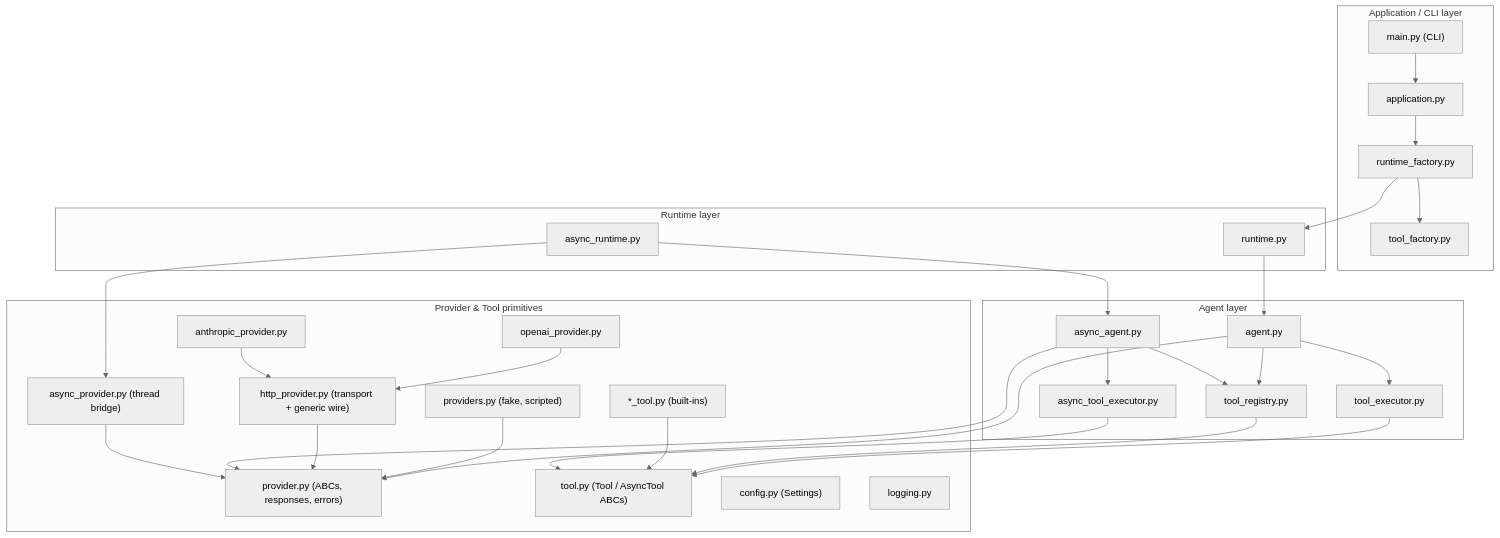
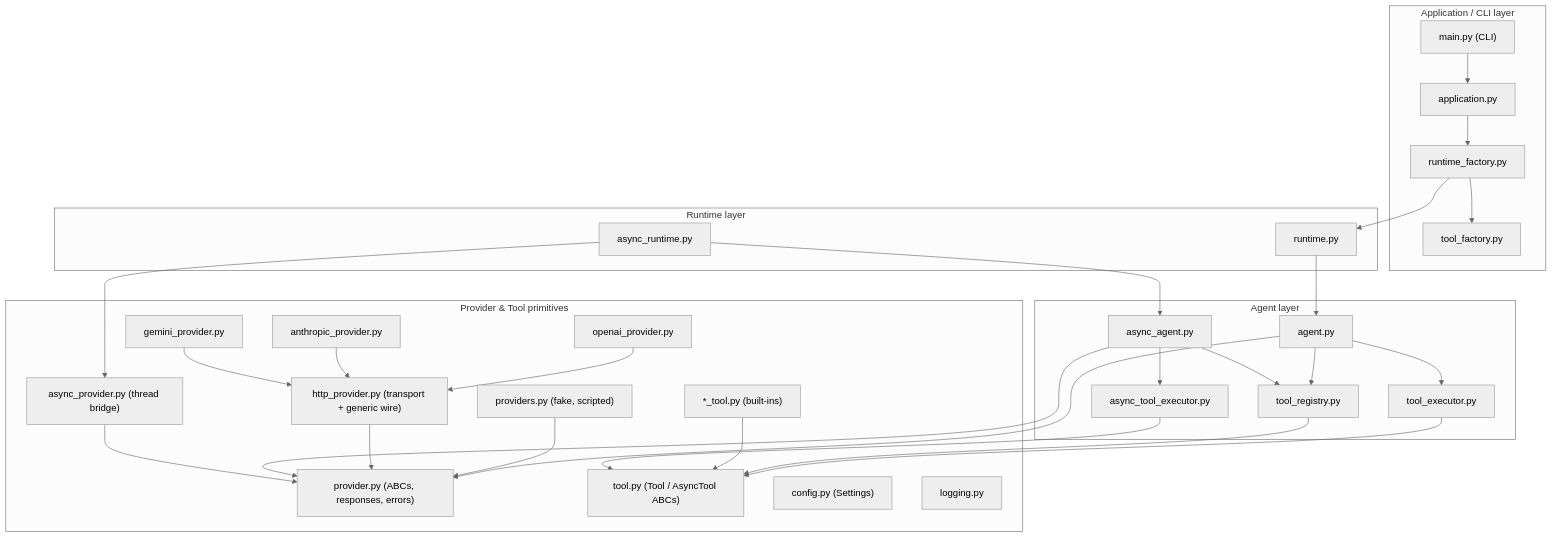
One commit to Abolfazlrwm/nexusagent changed the diagram in docs/architecture.md. Above: the diagram before and after it, drawn with Mermaid (neutral theme). The commit also changed other lines of this file and 4 other files, not shown here.

First line of the commit message:
docs: document the Gemini provider (README, ADR 0008, architecture, status)

````diff
--- a/docs/architecture.md
+++ b/docs/architecture.md
@@ -8,52 +8,54 @@
 ```mermaid
 flowchart TB
     subgraph L4["Application / CLI layer"]
         MAIN["main.py (CLI)"]
         APP["application.py"]
         RF["runtime_factory.py"]
         TF["tool_factory.py"]
     end
     subgraph L3["Runtime layer"]
         RT["runtime.py"]
         ART["async_runtime.py"]
     end
     subgraph L2["Agent layer"]
         AG["agent.py"]
         AAG["async_agent.py"]
         TE["tool_executor.py"]
         ATE["async_tool_executor.py"]
         TRG["tool_registry.py"]
     end
     subgraph L1["Provider & Tool primitives"]
         PR["provider.py (ABCs, responses, errors)"]
         APV["async_provider.py (thread bridge)"]
         PV["providers.py (fake, scripted)"]
         HP["http_provider.py (transport + generic wire)"]
         OP["openai_provider.py"]
         ANP["anthropic_provider.py"]
+        GNP["gemini_provider.py"]
         TL["tool.py (Tool / AsyncTool ABCs)"]
         CT["*_tool.py (built-ins)"]
         CF["config.py (Settings)"]
         LG["logging.py"]
     end
     MAIN --> APP --> RF --> RT
     RF --> TF
     RT --> AG
     AG --> TE
     AG --> TRG
     AG --> PR
     TE --> TL
     TRG --> TL
     PV --> PR
     HP --> PR
     OP --> HP
     ANP --> HP
+    GNP --> HP
     CT --> TL
     ART --> AAG
     AAG --> ATE
     AAG --> TRG
     AAG --> PR
     ATE --> TL
     ART --> APV
     APV --> PR
 ```
````
